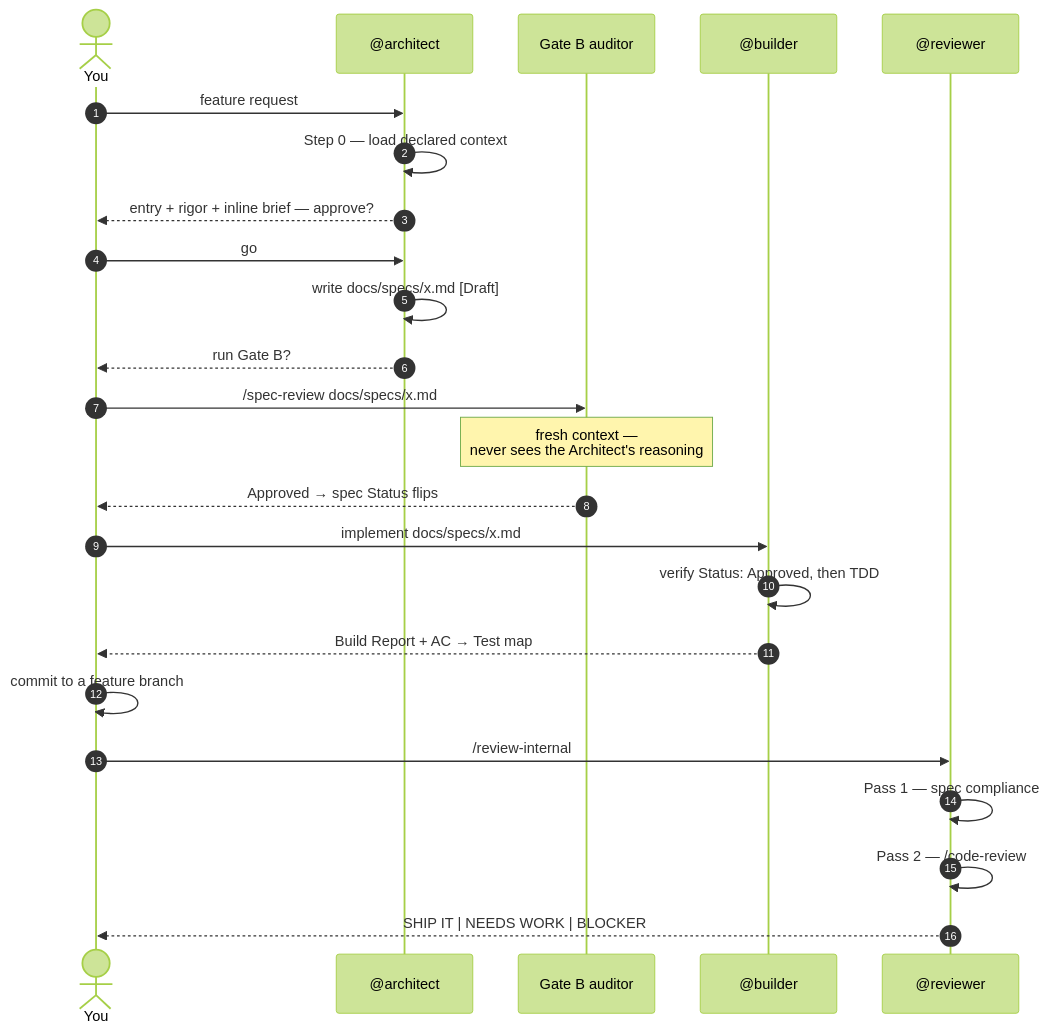
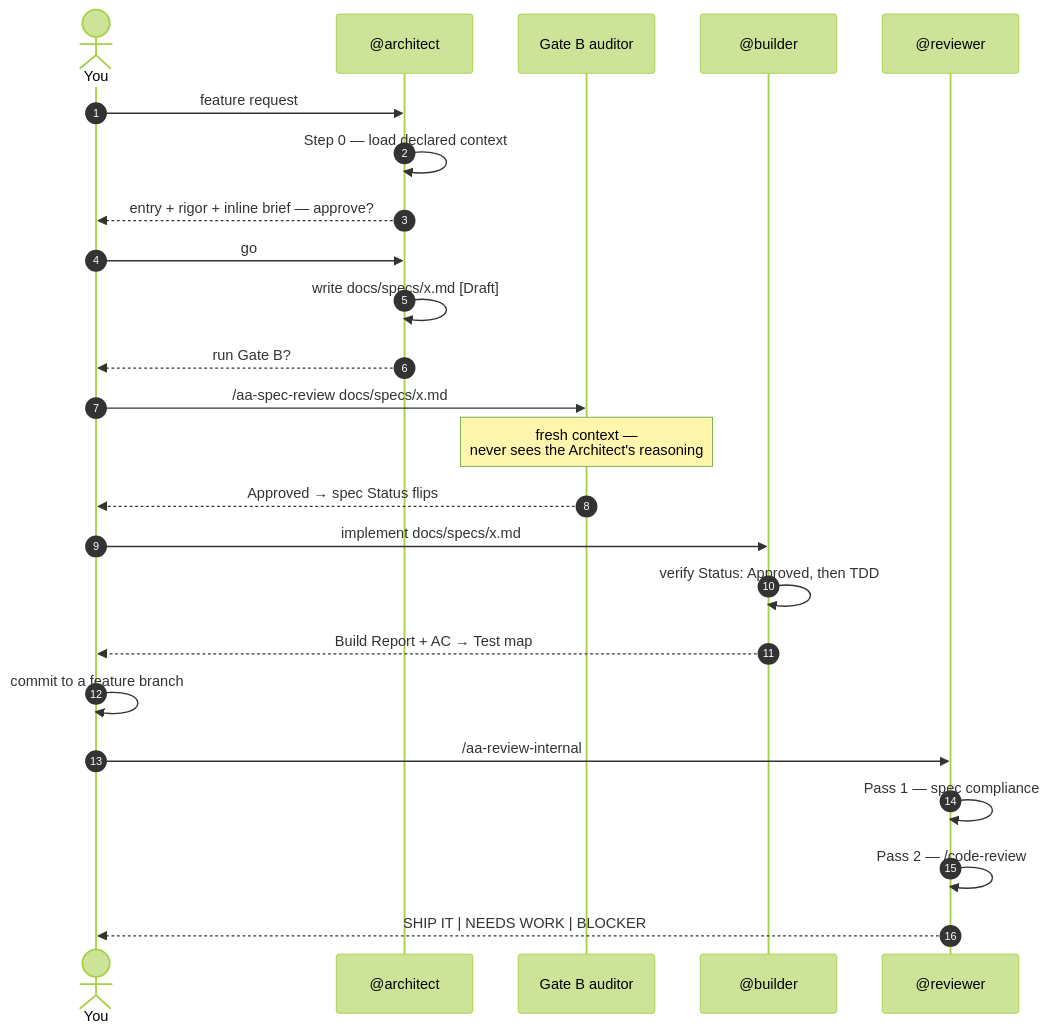
The second of 4 diagrams in docs/WORKFLOW.md (AmirAnckonina/aa-agentic-workflow), drawn with Mermaid (forest theme) before and after one commit. The commit also changed other lines of this file and 20 other files, not shown here.

````diff
--- a/docs/WORKFLOW.md
+++ b/docs/WORKFLOW.md
@@ -72,30 +72,30 @@
 ```mermaid
 sequenceDiagram
     autonumber
     actor You
     participant A as @architect
     participant G as Gate B auditor
     participant B as @builder
     participant R as @reviewer
 
     You->>A: feature request
     A->>A: Step 0 — load declared context
     A-->>You: entry + rigor + inline brief — approve?
     You->>A: go
     A->>A: write docs/specs/x.md [Draft]
     A-->>You: run Gate B?
 
-    You->>G: /spec-review docs/specs/x.md
+    You->>G: /aa-spec-review docs/specs/x.md
     Note over G: fresh context —<br/>never sees the Architect's reasoning
     G-->>You: Approved → spec Status flips
 
     You->>B: implement docs/specs/x.md
     B->>B: verify Status: Approved, then TDD
     B-->>You: Build Report + AC → Test map
 
     You->>You: commit to a feature branch
-    You->>R: /review-internal
+    You->>R: /aa-review-internal
     R->>R: Pass 1 — spec compliance
     R->>R: Pass 2 — /code-review
     R-->>You: SHIP IT | NEEDS WORK | BLOCKER
 ```
````
